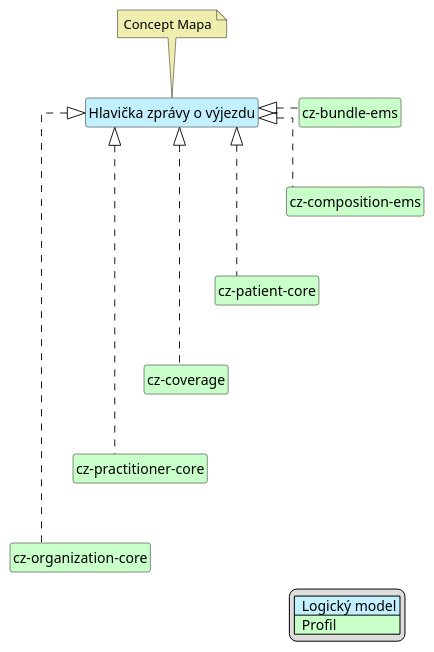
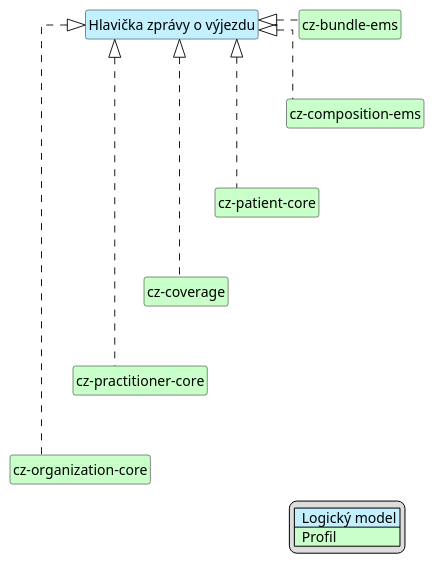
One commit to HL7-cz/cz-ems changed the diagram in input/images-source/emsHead-map-cs.plantuml. Above: the diagram before and after it, drawn with PlantUML. The commit also changed 23 other files, not shown here.

Commit message:
úprava plantuml schémat

```diff
--- a/input/images-source/emsHead-map-cs.plantuml
+++ b/input/images-source/emsHead-map-cs.plantuml
@@ -1,39 +1,36 @@
 @startuml
 hide circle
 hide stereotype
 hide members
 hide methods
 skinparam linetype ortho
 skinparam class {
 BackgroundColor<<LogicalModel>> #APPLICATION
 BackgroundColor<<Profile>> #TECHNOLOGY
 }
 legend right
 | <#APPLICATION>  Logický model |
 | <#TECHNOLOGY>  Profil |
 endlegend
 class "Hlavička zprávy o výjezdu" <<LogicalModel>> [[StructureDefinition-LogHeaderEmsCz.html]]
-note top #EEEEAE [[ConceptMap-Header2FHIR-cz.html]]
-Concept Mapa
-endnote
 
 class "cz-organization-core" <<Profile>> [[https://build.fhir.org/ig/HL7-cz/cz-core/StructureDefinition-cz-organization-core.html]]
 class "cz-coverage" <<Profile>> [[https://build.fhir.org/ig/HL7-cz/cz-core/StructureDefinition-cz-coverage.html]]
 class "cz-patient-core" <<Profile>> [[https://build.fhir.org/ig/HL7-cz/cz-core/StructureDefinition-cz-patient-core.html]]
 class "cz-practitioner-core" <<Profile>> [[https://build.fhir.org/ig/HL7-cz/cz-core/StructureDefinition-cz-practitioner-core.html]]
 class "cz-bundle-ems" <<Profile>> [[StructureDefinition-cz-bundle-ems.html]]
 class "cz-composition-ems" <<Profile>> [[StructureDefinition-cz-composition-ems.html]]
 
 "Hlavička zprávy o výjezdu" <|. "cz-composition-ems"
 "Hlavička zprávy o výjezdu" <|. "cz-bundle-ems"
 "Hlavička zprávy o výjezdu" <|. "cz-patient-core"
 "Hlavička zprávy o výjezdu" <|. "cz-coverage"
 "Hlavička zprávy o výjezdu" <|. "cz-practitioner-core"
 "Hlavička zprávy o výjezdu" <|. "cz-organization-core"
 
 "cz-bundle-ems" -d[hidden]-> "cz-composition-ems"
 "cz-composition-ems" -d[hidden]-> "cz-patient-core"
 "cz-patient-core" -d[hidden]-> "cz-coverage"
 "cz-coverage" -d[hidden]-> "cz-practitioner-core"
 "cz-practitioner-core" -d[hidden]-> "cz-organization-core"
 @enduml
```
